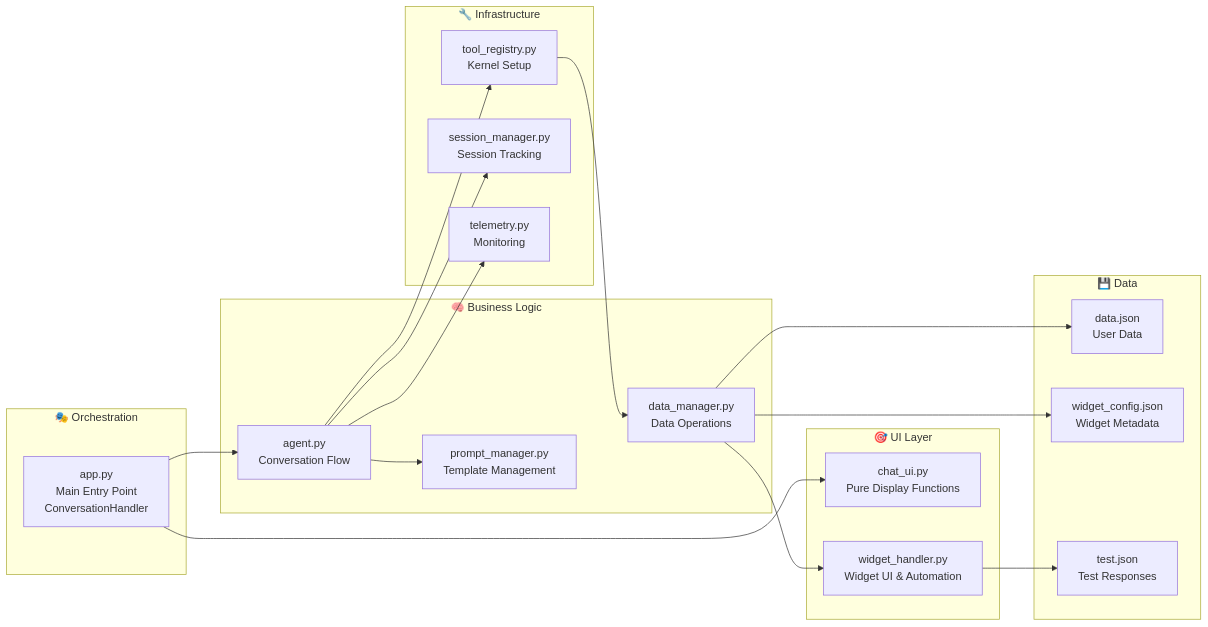
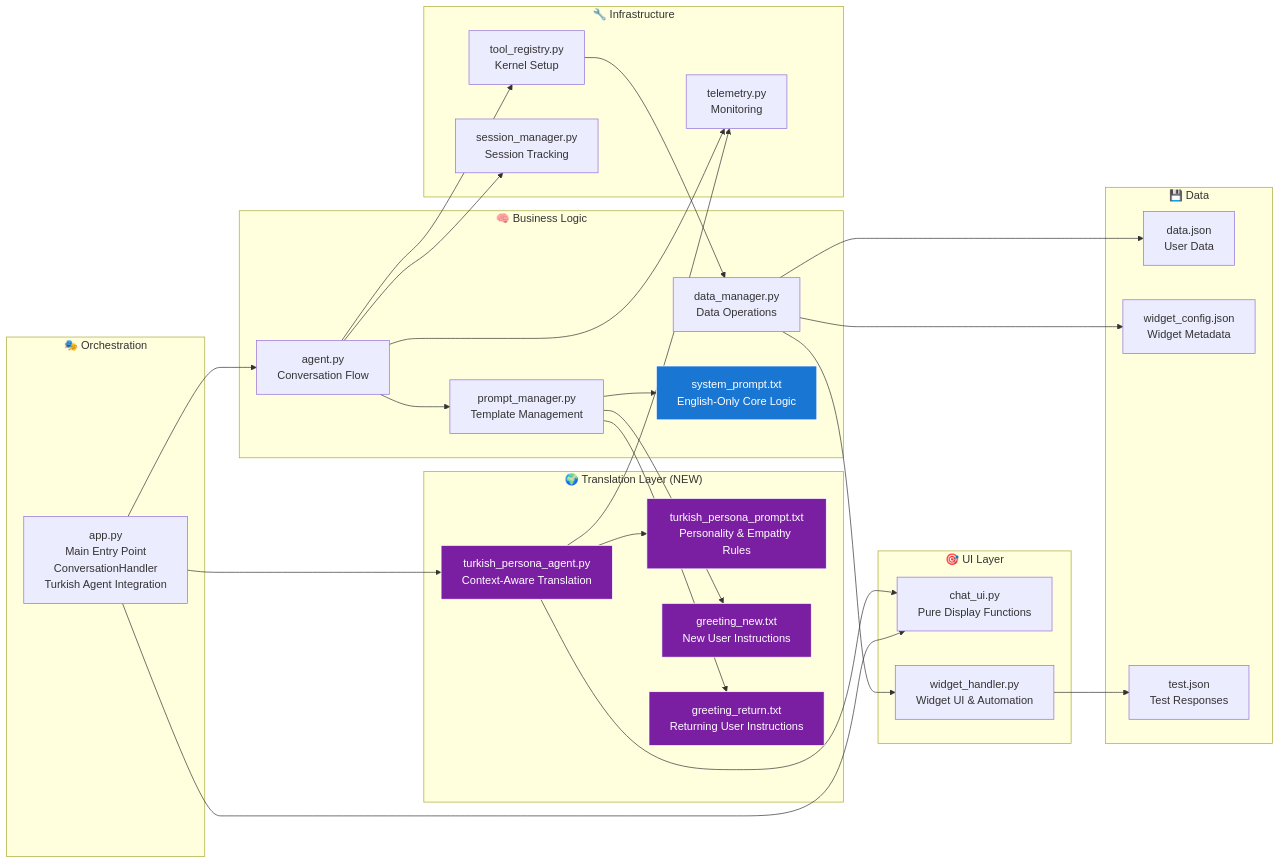
Before and after one commit to PoyrazTahan/onboarding_assistant: the fourth of 12 diagrams in IMPLEMENTATION_FLOW.md, drawn with Mermaid. The commit also changed other lines of this file, not shown here.

Commit message:
mermaid flows updated

````diff
--- a/IMPLEMENTATION_FLOW.md
+++ b/IMPLEMENTATION_FLOW.md
@@ -66,41 +122,62 @@
 ```mermaid
 graph LR
     subgraph "🎯 UI Layer"
         UI1[chat_ui.py<br/>Pure Display Functions]
         UI2[widget_handler.py<br/>Widget UI & Automation]
     end
 
+    subgraph "🌍 Translation Layer (NEW)"
+        TL1[turkish_persona_agent.py<br/>Context-Aware Translation]
+        TL2[turkish_persona_prompt.txt<br/>Personality & Empathy Rules]
+        TL3[greeting_new.txt<br/>New User Instructions]
+        TL4[greeting_return.txt<br/>Returning User Instructions]
+    end
+
     subgraph "🧠 Business Logic"
         BL1[agent.py<br/>Conversation Flow]
         BL2[data_manager.py<br/>Data Operations]
         BL3[prompt_manager.py<br/>Template Management]
+        BL4[system_prompt.txt<br/>English-Only Core Logic]
     end
 
     subgraph "🔧 Infrastructure"
         INF1[tool_registry.py<br/>Kernel Setup]
         INF2[session_manager.py<br/>Session Tracking]
         INF3[telemetry.py<br/>Monitoring]
     end
 
     subgraph "🎭 Orchestration"
-        ORCH[app.py<br/>Main Entry Point<br/>ConversationHandler]
+        ORCH[app.py<br/>Main Entry Point<br/>ConversationHandler<br/>Turkish Agent Integration]
     end
 
     subgraph "💾 Data"
         DATA1[data.json<br/>User Data]
         DATA2[widget_config.json<br/>Widget Metadata]
         DATA3[test.json<br/>Test Responses]
     end
 
+    ORCH --> TL1
     ORCH --> UI1
     ORCH --> BL1
+    TL1 --> TL2
+    TL1 --> UI1
     BL1 --> INF1
     BL1 --> BL3
     BL1 --> INF2
+    BL3 --> TL3
+    BL3 --> TL4
+    BL3 --> BL4
     BL2 --> UI2
     BL2 --> DATA1
     BL2 --> DATA2
     UI2 --> DATA3
     INF1 --> BL2
     BL1 --> INF3
+    TL1 --> INF3
+
+    style TL1 fill:#7b1fa2,stroke:#ffffff,color:#ffffff
+    style TL2 fill:#7b1fa2,stroke:#ffffff,color:#ffffff
+    style TL3 fill:#7b1fa2,stroke:#ffffff,color:#ffffff
+    style TL4 fill:#7b1fa2,stroke:#ffffff,color:#ffffff
+    style BL4 fill:#1976d2,stroke:#ffffff,color:#ffffff
 ```
````
